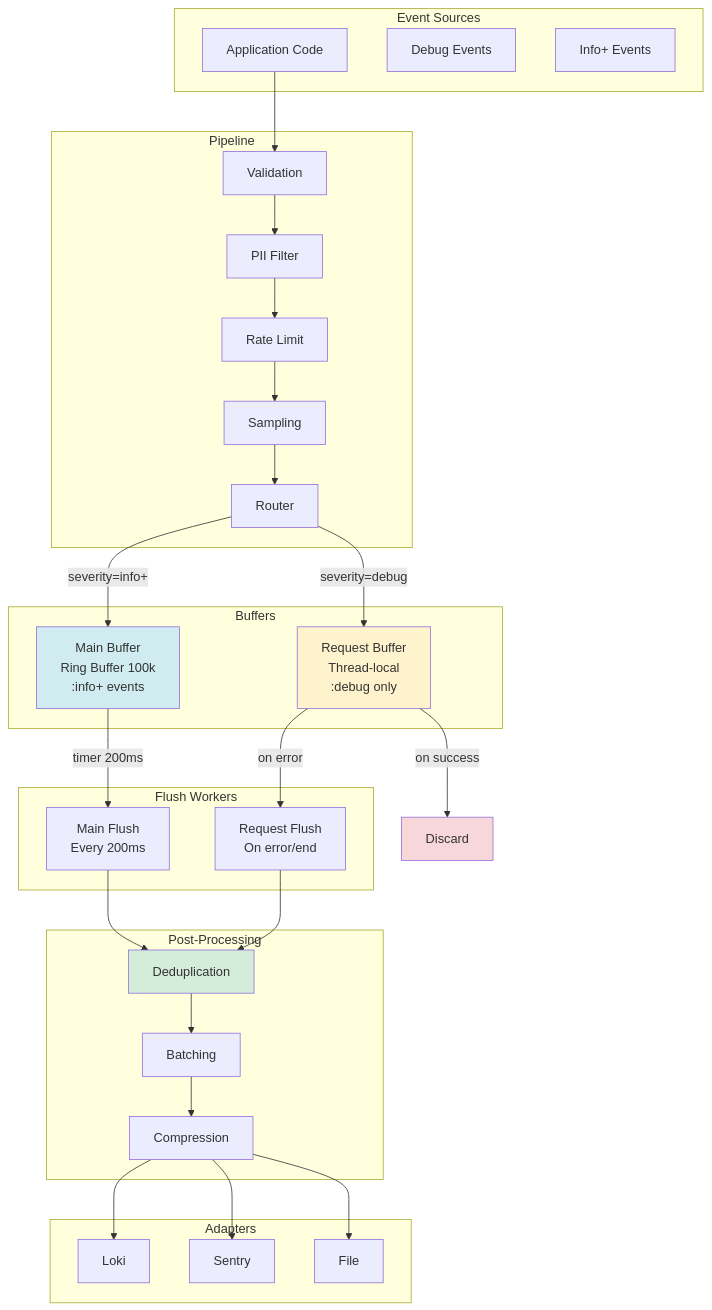
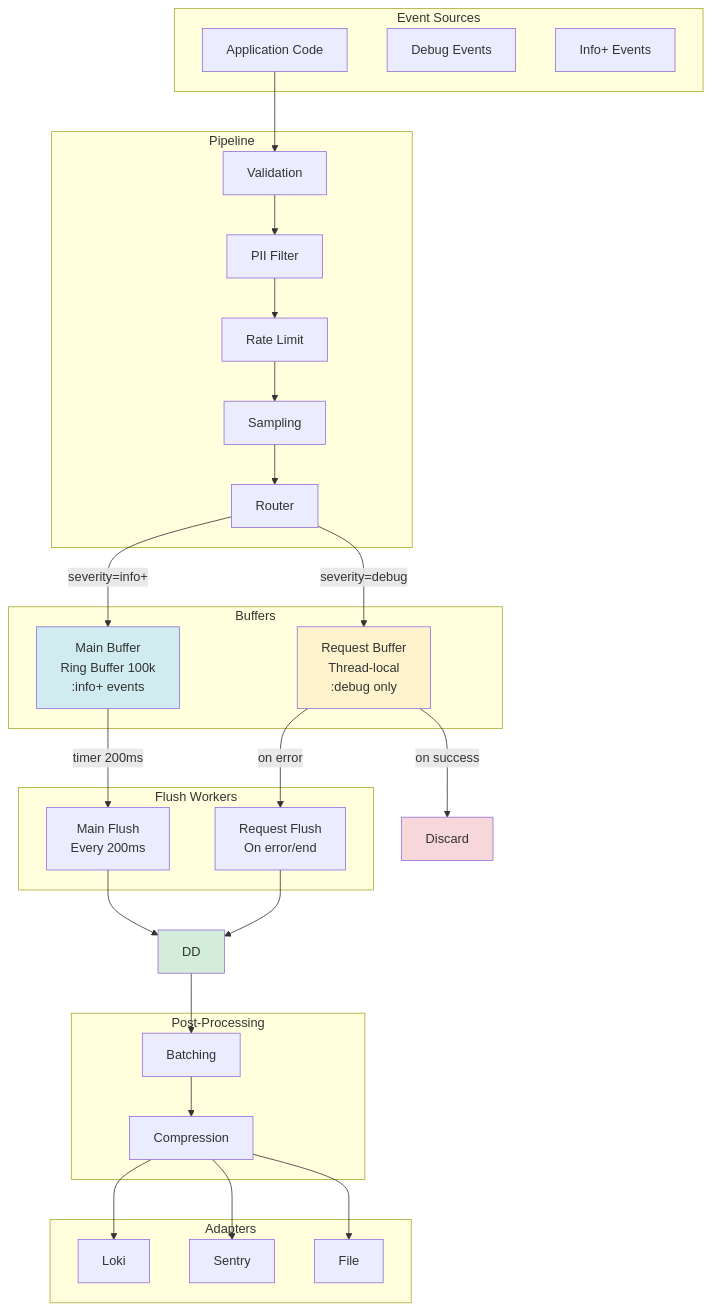
One commit to arturseletskiy/e11y changed the fifth of 14 diagrams in docs/ADR-001-architecture.md. Above: the diagram before and after it, drawn with Mermaid. The commit also changed other lines of this file and 13 other files, not shown here.

````diff
--- a/docs/ADR-001-architecture.md
+++ b/docs/ADR-001-architecture.md
@@ -323,65 +321,64 @@
 ```mermaid
 graph TB
     subgraph "Event Sources"
         API[Application Code]
         Debug[Debug Events]
         Info[Info+ Events]
     end
     
     subgraph "Pipeline"
         MW1[Validation]
         MW2[PII Filter]
         MW3[Rate Limit]
         MW4[Sampling]
         MW5[Router]
     end
     
     subgraph "Buffers"
         RB[Request Buffer<br/>Thread-local<br/>:debug only]
         MB[Main Buffer<br/>Ring Buffer 100k<br/>:info+ events]
     end
     
     subgraph "Flush Workers"
         RBF[Request Flush<br/>On error/end]
         MBF[Main Flush<br/>Every 200ms]
     end
     
     subgraph "Post-Processing"
-        DD[Deduplication]
         Batch[Batching]
         Comp[Compression]
     end
     
     subgraph "Adapters"
         A1[Loki]
         A2[Sentry]
         A3[File]
     end
     
     API --> MW1
     MW1 --> MW2
     MW2 --> MW3
     MW3 --> MW4
     MW4 --> MW5
     
     MW5 -->|severity=debug| RB
     MW5 -->|severity=info+| MB
     
     RB -->|on error| RBF
     RB -->|on success| Discard[Discard]
     MB -->|timer 200ms| MBF
     
     RBF --> DD
     MBF --> DD
     DD --> Batch
     Batch --> Comp
     
     Comp --> A1
     Comp --> A2
     Comp --> A3
     
     style RB fill:#fff3cd
     style MB fill:#d1ecf1
     style DD fill:#d4edda
     style Discard fill:#f8d7da
 ```
````
